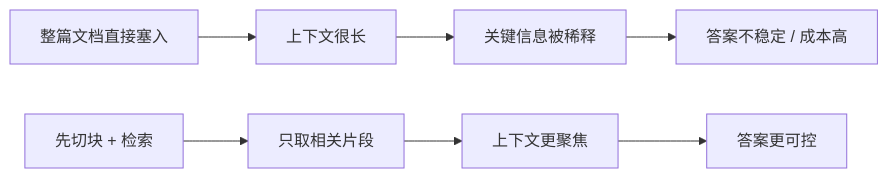
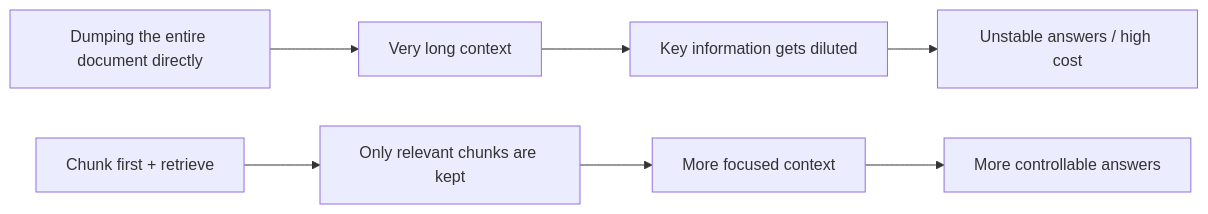
One commit to oudbiao/AI-fullstack-course changed the second of 2 diagrams in docs/ch08-rag/ch01-rag/01-rag-basics.md. Above: the diagram before and after it, drawn with Mermaid. The commit also changed other lines of this file and 1406 other files, not shown here.

````diff
--- a/docs/ch08-rag/ch01-rag/01-rag-basics.md
+++ b/docs/ch08-rag/ch01-rag/01-rag-basics.md
@@ -457,10 +457,10 @@
 ```mermaid
 flowchart LR
-    A["整篇文档直接塞入"] --> B["上下文很长"]
-    B --> C["关键信息被稀释"]
-    C --> D["答案不稳定 / 成本高"]
+    A["Dumping the entire document directly"] --> B["Very long context"]
+    B --> C["Key information gets diluted"]
+    C --> D["Unstable answers / high cost"]
 
-    E["先切块 + 检索"] --> F["只取相关片段"]
-    F --> G["上下文更聚焦"]
-    G --> H["答案更可控"]
+    E["Chunk first + retrieve"] --> F["Only relevant chunks are kept"]
+    F --> G["More focused context"]
+    G --> H["More controllable answers"]
 ```
````
